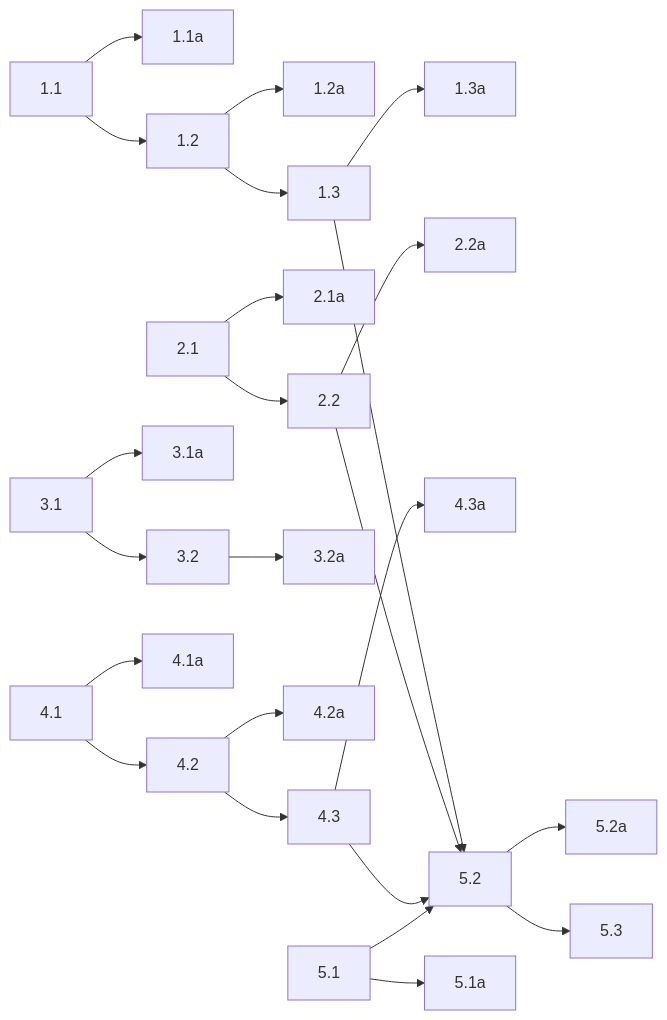
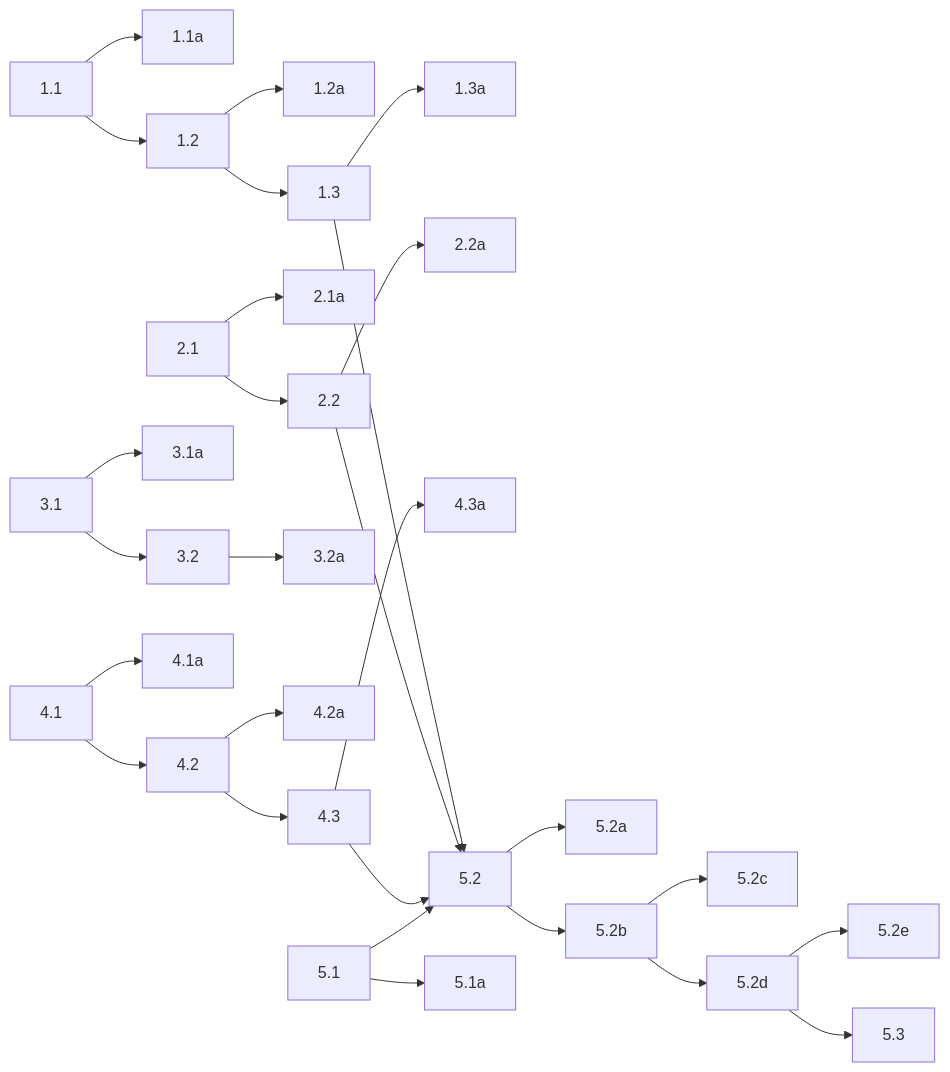
One commit to shyndman/lmnop-eavesdrop changed the diagram in specs/active-listener-hotkey-dictation/tasks.md. Above: the diagram before and after it, drawn with Mermaid. The commit also changed other lines of this file and 23 other files, not shown here.

````diff
--- a/specs/active-listener-hotkey-dictation/tasks.md
+++ b/specs/active-listener-hotkey-dictation/tasks.md
@@ -36,26 +40,30 @@
 ```mermaid
 graph LR
   1.1 --> 1.1a
   1.1 --> 1.2
   1.2 --> 1.2a
   1.2 --> 1.3
   1.3 --> 1.3a
   2.1 --> 2.1a
   2.1 --> 2.2
   2.2 --> 2.2a
   3.1 --> 3.1a
   3.1 --> 3.2
   3.2 --> 3.2a
   4.1 --> 4.1a
   4.1 --> 4.2
   4.2 --> 4.2a
   4.2 --> 4.3
   4.3 --> 4.3a
   1.3 --> 5.2
   2.2 --> 5.2
   4.3 --> 5.2
   5.1 --> 5.1a
   5.1 --> 5.2
   5.2 --> 5.2a
-  5.2 --> 5.3
+  5.2 --> 5.2b
+  5.2b --> 5.2c
+  5.2b --> 5.2d
+  5.2d --> 5.2e
+  5.2d --> 5.3
 ```
````
